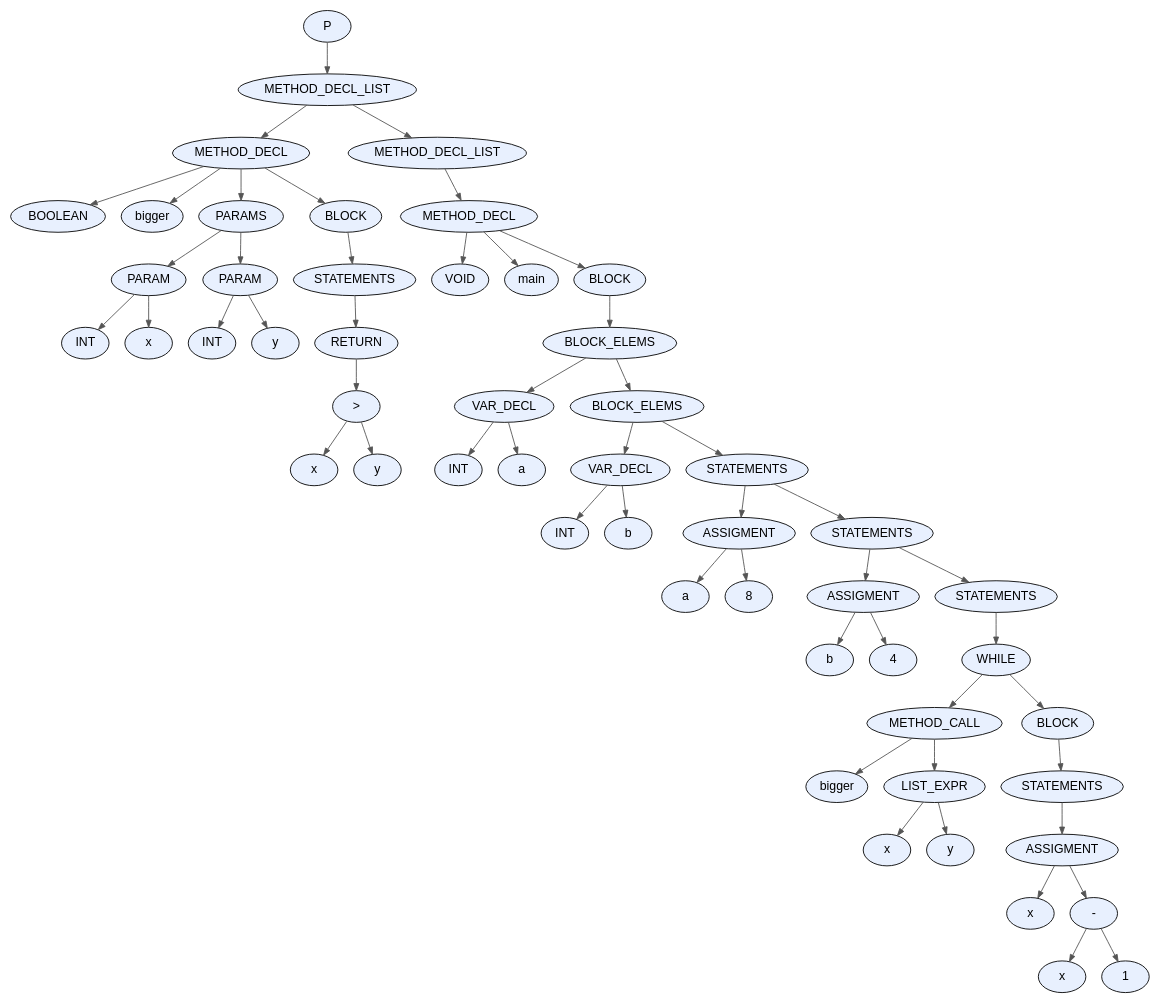
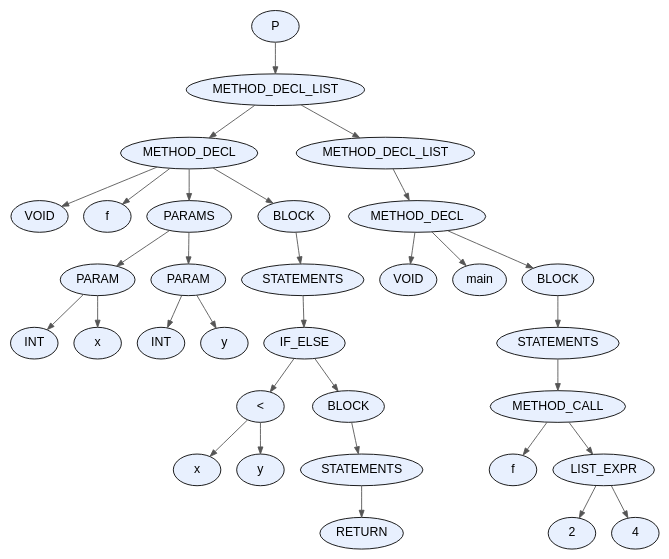
One commit to facundo-dario-loser/TDS2026 changed the diagram in proyecto/dot_files/test20.dot. Above: the diagram before and after it, drawn with Graphviz. The commit also changed 21 other files, not shown here.

```diff
--- a/proyecto/dot_files/test20.dot
+++ b/proyecto/dot_files/test20.dot
@@ -1,109 +1,67 @@
 digraph AST {
   node [fontname="Arial"];
   edge [arrowsize=0.8, color="#555555"];
-  "node_0x57bc07859d20" [label="P", style=filled, fillcolor="#E8F0FE", shape=ellipse, style="rounded,filled"];
-  "node_0x57bc07859d20" -> "node_0x57bc07859cd0";
-  "node_0x57bc07859cd0" [label="METHOD_DECL_LIST", style=filled, fillcolor="#E8F0FE", shape=ellipse, style="rounded,filled"];
-  "node_0x57bc07859cd0" -> "node_0x57bc07858f10";
-  "node_0x57bc07858f10" [label="METHOD_DECL", style=filled, fillcolor="#E8F0FE", shape=ellipse, style="rounded,filled"];
-  "node_0x57bc07858f10" -> "node_0x57bc07858920";
-  "node_0x57bc07858920" [label="BOOLEAN", style=filled, fillcolor="#E8F0FE", shape=ellipse, style="rounded,filled"];
-  "node_0x57bc07858f10" -> "node_0x57bc07858ea0";
-  "node_0x57bc07858ea0" [label="bigger", style=filled, fillcolor="#E8F0FE", shape=ellipse, style="rounded,filled"];
-  "node_0x57bc07858f10" -> "node_0x57bc07858bf0";
-  "node_0x57bc07858bf0" [label="PARAMS", style=filled, fillcolor="#E8F0FE", shape=ellipse, style="rounded,filled"];
-  "node_0x57bc07858bf0" -> "node_0x57bc07858a70";
-  "node_0x57bc07858a70" [label="PARAM", style=filled, fillcolor="#E8F0FE", shape=ellipse, style="rounded,filled"];
-  "node_0x57bc07858a70" -> "node_0x57bc07858990";
-  "node_0x57bc07858990" [label="INT", style=filled, fillcolor="#E8F0FE", shape=ellipse, style="rounded,filled"];
-  "node_0x57bc07858a70" -> "node_0x57bc07858a00";
-  "node_0x57bc07858a00" [label="x", style=filled, fillcolor="#E8F0FE", shape=ellipse, style="rounded,filled"];
-  "node_0x57bc07858bf0" -> "node_0x57bc07858ba0";
-  "node_0x57bc07858ba0" [label="PARAM", style=filled, fillcolor="#E8F0FE", shape=ellipse, style="rounded,filled"];
-  "node_0x57bc07858ba0" -> "node_0x57bc07858ac0";
-  "node_0x57bc07858ac0" [label="INT", style=filled, fillcolor="#E8F0FE", shape=ellipse, style="rounded,filled"];
-  "node_0x57bc07858ba0" -> "node_0x57bc07858b30";
-  "node_0x57bc07858b30" [label="y", style=filled, fillcolor="#E8F0FE", shape=ellipse, style="rounded,filled"];
-  "node_0x57bc07858f10" -> "node_0x57bc07858e50";
-  "node_0x57bc07858e50" [label="BLOCK", style=filled, fillcolor="#E8F0FE", shape=ellipse, style="rounded,filled"];
-  "node_0x57bc07858e50" -> "node_0x57bc07858e00";
-  "node_0x57bc07858e00" [label="STATEMENTS", style=filled, fillcolor="#E8F0FE", shape=ellipse, style="rounded,filled"];
-  "node_0x57bc07858e00" -> "node_0x57bc07858db0";
-  "node_0x57bc07858db0" [label="RETURN", style=filled, fillcolor="#E8F0FE", shape=ellipse, style="rounded,filled"];
-  "node_0x57bc07858db0" -> "node_0x57bc07858d60";
-  "node_0x57bc07858d60" [label=">", style=filled, fillcolor="#E8F0FE", shape=ellipse, style="rounded,filled"];
-  "node_0x57bc07858d60" -> "node_0x57bc07858c60";
-  "node_0x57bc07858c60" [label="x", style=filled, fillcolor="#E8F0FE", shape=ellipse, style="rounded,filled"];
-  "node_0x57bc07858d60" -> "node_0x57bc07858cf0";
-  "node_0x57bc07858cf0" [label="y", style=filled, fillcolor="#E8F0FE", shape=ellipse, style="rounded,filled"];
-  "node_0x57bc07859cd0" -> "node_0x57bc07859c80";
-  "node_0x57bc07859c80" [label="METHOD_DECL_LIST", style=filled, fillcolor="#E8F0FE", shape=ellipse, style="rounded,filled"];
-  "node_0x57bc07859c80" -> "node_0x57bc07859c30";
-  "node_0x57bc07859c30" [label="METHOD_DECL", style=filled, fillcolor="#E8F0FE", shape=ellipse, style="rounded,filled"];
-  "node_0x57bc07859c30" -> "node_0x57bc07859b70";
-  "node_0x57bc07859b70" [label="VOID", style=filled, fillcolor="#E8F0FE", shape=ellipse, style="rounded,filled"];
-  "node_0x57bc07859c30" -> "node_0x57bc07859bc0";
-  "node_0x57bc07859bc0" [label="main", style=filled, fillcolor="#E8F0FE", shape=ellipse, style="rounded,filled"];
-  "node_0x57bc07859c30" -> "node_0x57bc07859b20";
-  "node_0x57bc07859b20" [label="BLOCK", style=filled, fillcolor="#E8F0FE", shape=ellipse, style="rounded,filled"];
-  "node_0x57bc07859b20" -> "node_0x57bc07859ad0";
-  "node_0x57bc07859ad0" [label="BLOCK_ELEMS", style=filled, fillcolor="#E8F0FE", shape=ellipse, style="rounded,filled"];
-  "node_0x57bc07859ad0" -> "node_0x57bc07859060";
-  "node_0x57bc07859060" [label="VAR_DECL", style=filled, fillcolor="#E8F0FE", shape=ellipse, style="rounded,filled"];
-  "node_0x57bc07859060" -> "node_0x57bc07858f80";
-  "node_0x57bc07858f80" [label="INT", style=filled, fillcolor="#E8F0FE", shape=ellipse, style="rounded,filled"];
-  "node_0x57bc07859060" -> "node_0x57bc07858ff0";
-  "node_0x57bc07858ff0" [label="a", style=filled, fillcolor="#E8F0FE", shape=ellipse, style="rounded,filled"];
-  "node_0x57bc07859ad0" -> "node_0x57bc07859a80";
-  "node_0x57bc07859a80" [label="BLOCK_ELEMS", style=filled, fillcolor="#E8F0FE", shape=ellipse, style="rounded,filled"];
-  "node_0x57bc07859a80" -> "node_0x57bc07859190";
-  "node_0x57bc07859190" [label="VAR_DECL", style=filled, fillcolor="#E8F0FE", shape=ellipse, style="rounded,filled"];
-  "node_0x57bc07859190" -> "node_0x57bc078590b0";
-  "node_0x57bc078590b0" [label="INT", style=filled, fillcolor="#E8F0FE", shape=ellipse, style="rounded,filled"];
-  "node_0x57bc07859190" -> "node_0x57bc07859120";
-  "node_0x57bc07859120" [label="b", style=filled, fillcolor="#E8F0FE", shape=ellipse, style="rounded,filled"];
-  "node_0x57bc07859a80" -> "node_0x57bc07859a30";
-  "node_0x57bc07859a30" [label="STATEMENTS", style=filled, fillcolor="#E8F0FE", shape=ellipse, style="rounded,filled"];
-  "node_0x57bc07859a30" -> "node_0x57bc078592c0";
-  "node_0x57bc078592c0" [label="ASSIGMENT", style=filled, fillcolor="#E8F0FE", shape=ellipse, style="rounded,filled"];
-  "node_0x57bc078592c0" -> "node_0x57bc07859250";
-  "node_0x57bc07859250" [label="a", style=filled, fillcolor="#E8F0FE", shape=ellipse, style="rounded,filled"];
-  "node_0x57bc078592c0" -> "node_0x57bc07859200";
-  "node_0x57bc07859200" [label="8", style=filled, fillcolor="#E8F0FE", shape=ellipse, style="rounded,filled"];
-  "node_0x57bc07859a30" -> "node_0x57bc078599e0";
-  "node_0x57bc078599e0" [label="STATEMENTS", style=filled, fillcolor="#E8F0FE", shape=ellipse, style="rounded,filled"];
-  "node_0x57bc078599e0" -> "node_0x57bc078593f0";
-  "node_0x57bc078593f0" [label="ASSIGMENT", style=filled, fillcolor="#E8F0FE", shape=ellipse, style="rounded,filled"];
-  "node_0x57bc078593f0" -> "node_0x57bc07859380";
-  "node_0x57bc07859380" [label="b", style=filled, fillcolor="#E8F0FE", shape=ellipse, style="rounded,filled"];
-  "node_0x57bc078593f0" -> "node_0x57bc07859330";
-  "node_0x57bc07859330" [label="4", style=filled, fillcolor="#E8F0FE", shape=ellipse, style="rounded,filled"];
-  "node_0x57bc078599e0" -> "node_0x57bc07859990";
-  "node_0x57bc07859990" [label="STATEMENTS", style=filled, fillcolor="#E8F0FE", shape=ellipse, style="rounded,filled"];
-  "node_0x57bc07859990" -> "node_0x57bc07859940";
-  "node_0x57bc07859940" [label="WHILE", style=filled, fillcolor="#E8F0FE", shape=ellipse, style="rounded,filled"];
-  "node_0x57bc07859940" -> "node_0x57bc07859640";
-  "node_0x57bc07859640" [label="METHOD_CALL", style=filled, fillcolor="#E8F0FE", shape=ellipse, style="rounded,filled"];
-  "node_0x57bc07859640" -> "node_0x57bc078595d0";
-  "node_0x57bc078595d0" [label="bigger", style=filled, fillcolor="#E8F0FE", shape=ellipse, style="rounded,filled"];
-  "node_0x57bc07859640" -> "node_0x57bc07859580";
-  "node_0x57bc07859580" [label="LIST_EXPR", style=filled, fillcolor="#E8F0FE", shape=ellipse, style="rounded,filled"];
-  "node_0x57bc07859580" -> "node_0x57bc07859480";
-  "node_0x57bc07859480" [label="x", style=filled, fillcolor="#E8F0FE", shape=ellipse, style="rounded,filled"];
-  "node_0x57bc07859580" -> "node_0x57bc07859510";
-  "node_0x57bc07859510" [label="y", style=filled, fillcolor="#E8F0FE", shape=ellipse, style="rounded,filled"];
-  "node_0x57bc07859940" -> "node_0x57bc078598f0";
-  "node_0x57bc078598f0" [label="BLOCK", style=filled, fillcolor="#E8F0FE", shape=ellipse, style="rounded,filled"];
-  "node_0x57bc078598f0" -> "node_0x57bc078598a0";
-  "node_0x57bc078598a0" [label="STATEMENTS", style=filled, fillcolor="#E8F0FE", shape=ellipse, style="rounded,filled"];
-  "node_0x57bc078598a0" -> "node_0x57bc07859850";
-  "node_0x57bc07859850" [label="ASSIGMENT", style=filled, fillcolor="#E8F0FE", shape=ellipse, style="rounded,filled"];
-  "node_0x57bc07859850" -> "node_0x57bc078597e0";
-  "node_0x57bc078597e0" [label="x", style=filled, fillcolor="#E8F0FE", shape=ellipse, style="rounded,filled"];
-  "node_0x57bc07859850" -> "node_0x57bc07859790";
-  "node_0x57bc07859790" [label="-", style=filled, fillcolor="#E8F0FE", shape=ellipse, style="rounded,filled"];
-  "node_0x57bc07859790" -> "node_0x57bc078596d0";
-  "node_0x57bc078596d0" [label="x", style=filled, fillcolor="#E8F0FE", shape=ellipse, style="rounded,filled"];
-  "node_0x57bc07859790" -> "node_0x57bc07859740";
-  "node_0x57bc07859740" [label="1", style=filled, fillcolor="#E8F0FE", shape=ellipse, style="rounded,filled"];
+  "node_0x5cf4326a8490" [label="P", style=filled, fillcolor="#E8F0FE", shape=ellipse, style="rounded,filled"];
+  "node_0x5cf4326a8490" -> "node_0x5cf4326a8440";
+  "node_0x5cf4326a8440" [label="METHOD_DECL_LIST", style=filled, fillcolor="#E8F0FE", shape=ellipse, style="rounded,filled"];
+  "node_0x5cf4326a8440" -> "node_0x5cf4326a8000";
+  "node_0x5cf4326a8000" [label="METHOD_DECL", style=filled, fillcolor="#E8F0FE", shape=ellipse, style="rounded,filled"];
+  "node_0x5cf4326a8000" -> "node_0x5cf4326a7f40";
+  "node_0x5cf4326a7f40" [label="VOID", style=filled, fillcolor="#E8F0FE", shape=ellipse, style="rounded,filled"];
+  "node_0x5cf4326a8000" -> "node_0x5cf4326a7f90";
+  "node_0x5cf4326a7f90" [label="f", style=filled, fillcolor="#E8F0FE", shape=ellipse, style="rounded,filled"];
+  "node_0x5cf4326a8000" -> "node_0x5cf4326a7ba0";
+  "node_0x5cf4326a7ba0" [label="PARAMS", style=filled, fillcolor="#E8F0FE", shape=ellipse, style="rounded,filled"];
+  "node_0x5cf4326a7ba0" -> "node_0x5cf4326a7a20";
+  "node_0x5cf4326a7a20" [label="PARAM", style=filled, fillcolor="#E8F0FE", shape=ellipse, style="rounded,filled"];
+  "node_0x5cf4326a7a20" -> "node_0x5cf4326a7940";
+  "node_0x5cf4326a7940" [label="INT", style=filled, fillcolor="#E8F0FE", shape=ellipse, style="rounded,filled"];
+  "node_0x5cf4326a7a20" -> "node_0x5cf4326a79b0";
+  "node_0x5cf4326a79b0" [label="x", style=filled, fillcolor="#E8F0FE", shape=ellipse, style="rounded,filled"];
+  "node_0x5cf4326a7ba0" -> "node_0x5cf4326a7b50";
+  "node_0x5cf4326a7b50" [label="PARAM", style=filled, fillcolor="#E8F0FE", shape=ellipse, style="rounded,filled"];
+  "node_0x5cf4326a7b50" -> "node_0x5cf4326a7a70";
+  "node_0x5cf4326a7a70" [label="INT", style=filled, fillcolor="#E8F0FE", shape=ellipse, style="rounded,filled"];
+  "node_0x5cf4326a7b50" -> "node_0x5cf4326a7ae0";
+  "node_0x5cf4326a7ae0" [label="y", style=filled, fillcolor="#E8F0FE", shape=ellipse, style="rounded,filled"];
+  "node_0x5cf4326a8000" -> "node_0x5cf4326a7ef0";
+  "node_0x5cf4326a7ef0" [label="BLOCK", style=filled, fillcolor="#E8F0FE", shape=ellipse, style="rounded,filled"];
+  "node_0x5cf4326a7ef0" -> "node_0x5cf4326a7ea0";
+  "node_0x5cf4326a7ea0" [label="STATEMENTS", style=filled, fillcolor="#E8F0FE", shape=ellipse, style="rounded,filled"];
+  "node_0x5cf4326a7ea0" -> "node_0x5cf4326a7e50";
+  "node_0x5cf4326a7e50" [label="IF_ELSE", style=filled, fillcolor="#E8F0FE", shape=ellipse, style="rounded,filled"];
+  "node_0x5cf4326a7e50" -> "node_0x5cf4326a7d10";
+  "node_0x5cf4326a7d10" [label="<", style=filled, fillcolor="#E8F0FE", shape=ellipse, style="rounded,filled"];
+  "node_0x5cf4326a7d10" -> "node_0x5cf4326a7c10";
+  "node_0x5cf4326a7c10" [label="x", style=filled, fillcolor="#E8F0FE", shape=ellipse, style="rounded,filled"];
+  "node_0x5cf4326a7d10" -> "node_0x5cf4326a7ca0";
+  "node_0x5cf4326a7ca0" [label="y", style=filled, fillcolor="#E8F0FE", shape=ellipse, style="rounded,filled"];
+  "node_0x5cf4326a7e50" -> "node_0x5cf4326a7e00";
+  "node_0x5cf4326a7e00" [label="BLOCK", style=filled, fillcolor="#E8F0FE", shape=ellipse, style="rounded,filled"];
+  "node_0x5cf4326a7e00" -> "node_0x5cf4326a7db0";
+  "node_0x5cf4326a7db0" [label="STATEMENTS", style=filled, fillcolor="#E8F0FE", shape=ellipse, style="rounded,filled"];
+  "node_0x5cf4326a7db0" -> "node_0x5cf4326a7d60";
+  "node_0x5cf4326a7d60" [label="RETURN", style=filled, fillcolor="#E8F0FE", shape=ellipse, style="rounded,filled"];
+  "node_0x5cf4326a8440" -> "node_0x5cf4326a83f0";
+  "node_0x5cf4326a83f0" [label="METHOD_DECL_LIST", style=filled, fillcolor="#E8F0FE", shape=ellipse, style="rounded,filled"];
+  "node_0x5cf4326a83f0" -> "node_0x5cf4326a83a0";
+  "node_0x5cf4326a83a0" [label="METHOD_DECL", style=filled, fillcolor="#E8F0FE", shape=ellipse, style="rounded,filled"];
+  "node_0x5cf4326a83a0" -> "node_0x5cf4326a82e0";
+  "node_0x5cf4326a82e0" [label="VOID", style=filled, fillcolor="#E8F0FE", shape=ellipse, style="rounded,filled"];
+  "node_0x5cf4326a83a0" -> "node_0x5cf4326a8330";
+  "node_0x5cf4326a8330" [label="main", style=filled, fillcolor="#E8F0FE", shape=ellipse, style="rounded,filled"];
+  "node_0x5cf4326a83a0" -> "node_0x5cf4326a8290";
+  "node_0x5cf4326a8290" [label="BLOCK", style=filled, fillcolor="#E8F0FE", shape=ellipse, style="rounded,filled"];
+  "node_0x5cf4326a8290" -> "node_0x5cf4326a8240";
+  "node_0x5cf4326a8240" [label="STATEMENTS", style=filled, fillcolor="#E8F0FE", shape=ellipse, style="rounded,filled"];
+  "node_0x5cf4326a8240" -> "node_0x5cf4326a81f0";
+  "node_0x5cf4326a81f0" [label="METHOD_CALL", style=filled, fillcolor="#E8F0FE", shape=ellipse, style="rounded,filled"];
+  "node_0x5cf4326a81f0" -> "node_0x5cf4326a8180";
+  "node_0x5cf4326a8180" [label="f", style=filled, fillcolor="#E8F0FE", shape=ellipse, style="rounded,filled"];
+  "node_0x5cf4326a81f0" -> "node_0x5cf4326a8130";
+  "node_0x5cf4326a8130" [label="LIST_EXPR", style=filled, fillcolor="#E8F0FE", shape=ellipse, style="rounded,filled"];
+  "node_0x5cf4326a8130" -> "node_0x5cf4326a8090";
+  "node_0x5cf4326a8090" [label="2", style=filled, fillcolor="#E8F0FE", shape=ellipse, style="rounded,filled"];
+  "node_0x5cf4326a8130" -> "node_0x5cf4326a80e0";
+  "node_0x5cf4326a80e0" [label="4", style=filled, fillcolor="#E8F0FE", shape=ellipse, style="rounded,filled"];
 }
```
